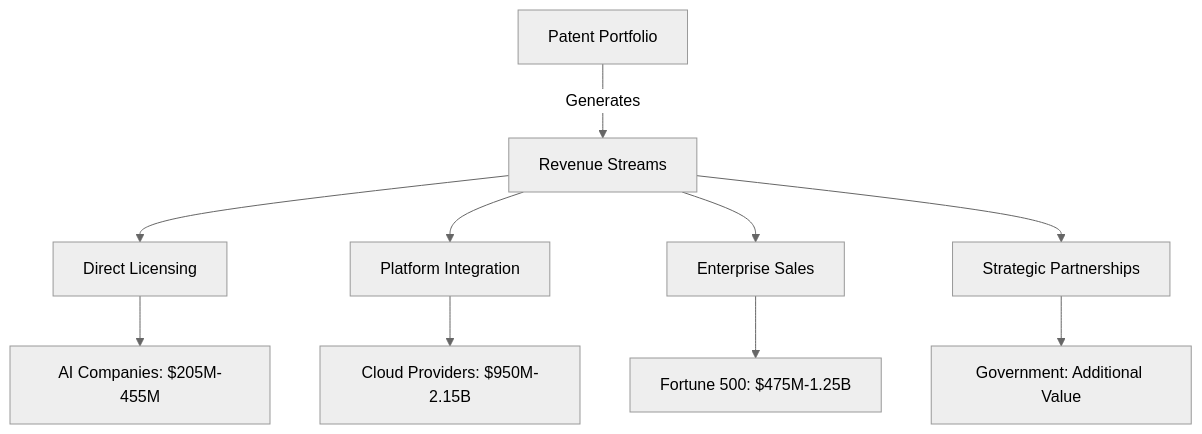
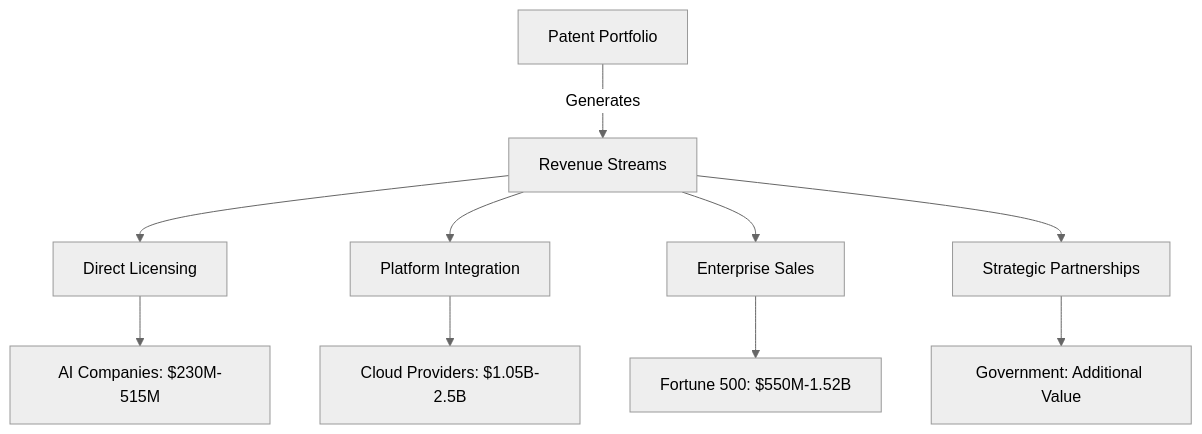
One commit to Foundup/Foundups-Agent changed the tenth of 10 diagrams in WSP_knowledge/docs/Papers/Patent_Series/Patent_Portfolio_Presentation_Deck.md. Above: the diagram before and after it, drawn with Mermaid (neutral theme). The commit also changed other lines of this file and 1 other file, not shown here.

````diff
--- a/WSP_knowledge/docs/Papers/Patent_Series/Patent_Portfolio_Presentation_Deck.md
+++ b/WSP_knowledge/docs/Papers/Patent_Series/Patent_Portfolio_Presentation_Deck.md
@@ -315,14 +357,14 @@
 ```mermaid
 graph TD
     Portfolio[Patent Portfolio] -->|Generates| Revenue[Revenue Streams]
     
     Revenue --> Direct[Direct Licensing]
     Revenue --> Platform[Platform Integration]
     Revenue --> Enterprise[Enterprise Sales]
     Revenue --> Strategic[Strategic Partnerships]
     
-    Direct --> AI_Companies[AI Companies: $205M-455M]
-    Platform --> Cloud[Cloud Providers: $950M-2.15B]
-    Enterprise --> Fortune500[Fortune 500: $475M-1.25B]
+    Direct --> AI_Companies[AI Companies: $230M-515M]
+    Platform --> Cloud[Cloud Providers: $1.05B-2.5B]
+    Enterprise --> Fortune500[Fortune 500: $550M-1.52B]
     Strategic --> Gov[Government: Additional Value]
 ```
````
